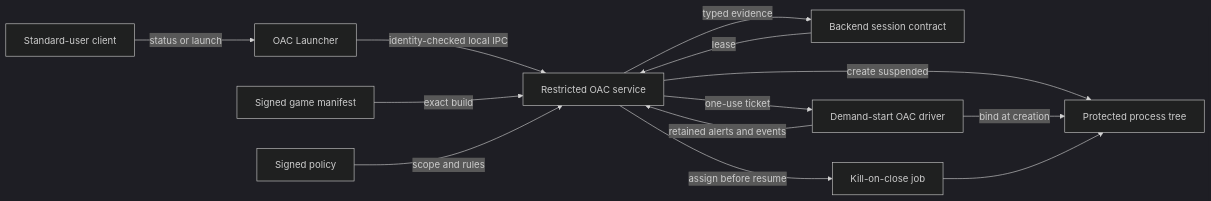
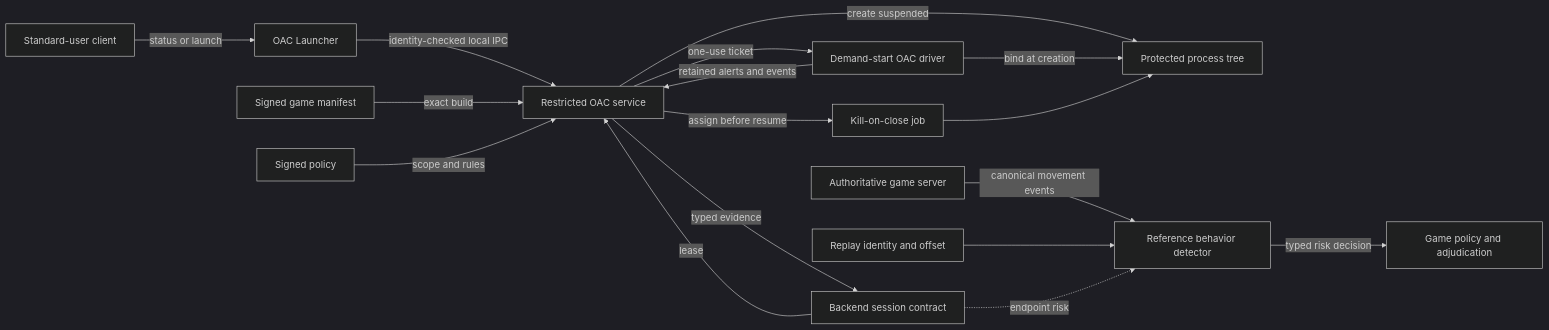
One commit to lauralex/OAC changed the diagram in README.md. Above: the diagram before and after it, drawn with Mermaid (dark theme). The commit also changed other lines of this file and 15 other files, not shown here.

Commit message:
Add server-authoritative game integration

````diff
--- a/README.md
+++ b/README.md
@@ -28,15 +28,19 @@
 ```mermaid
 flowchart LR
     Player["Standard-user client"] -->|"status or launch"| Launcher["OAC Launcher"]
     Launcher -->|"identity-checked local IPC"| Service["Restricted OAC service"]
     Manifest["Signed game manifest"] -->|"exact build"| Service
     Policy["Signed policy"] -->|"scope and rules"| Service
     Backend["Backend session contract"] -->|"lease"| Service
     Service -->|"typed evidence"| Backend
     Service -->|"one-use ticket"| Driver["Demand-start OAC driver"]
     Service -->|"create suspended"| Target["Protected process tree"]
     Driver -->|"bind at creation"| Target
     Service -->|"assign before resume"| Job["Kill-on-close job"]
     Job --> Target
     Driver -->|"retained alerts and events"| Service
+    Game["Authoritative game server"] -->|"canonical movement events"| Detector["Reference behavior detector"]
+    Replay["Replay identity and offset"] --> Detector
+    Backend -.->|"endpoint risk"| Detector
+    Detector -->|"typed risk decision"| GamePolicy["Game policy and adjudication"]
 ```
````
